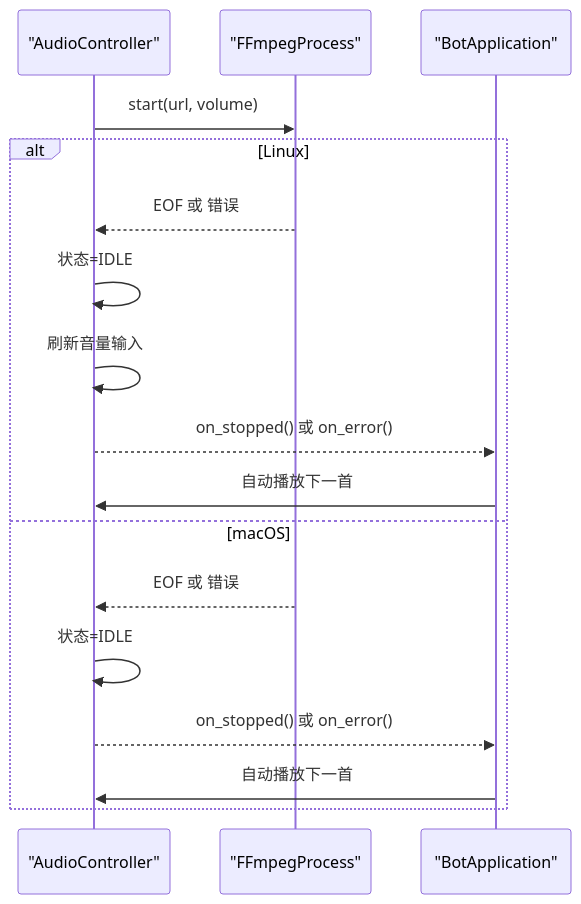
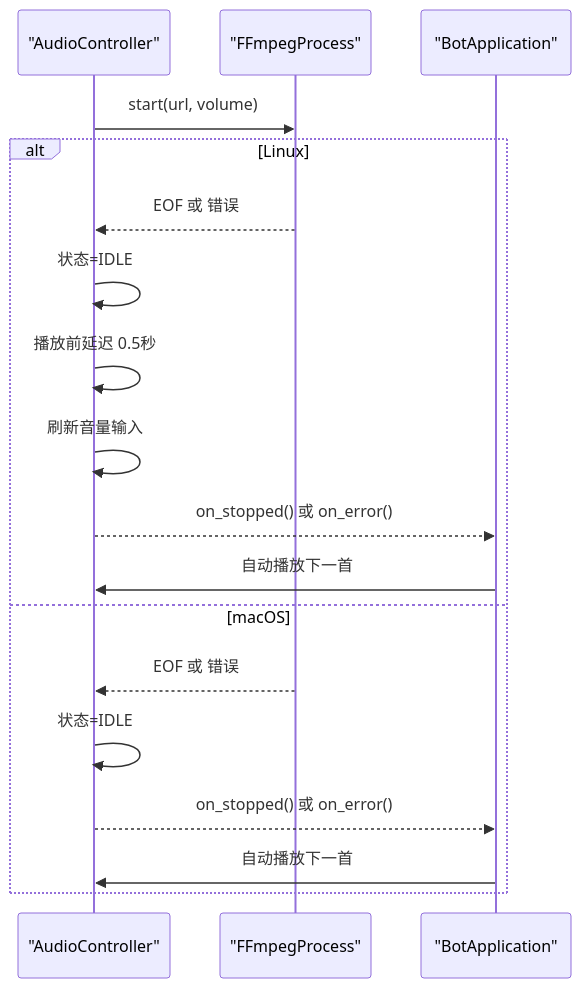
One commit to GhoulOwl/Teamspeak3_Bot changed the sixth of 8 diagrams in .qoder/repowiki/zh/content/音乐播放系统/音频控制器.md. Above: the diagram before and after it, drawn with Mermaid. The commit also changed other lines of this file and 6 other files, not shown here.

````diff
--- a/.qoder/repowiki/zh/content/音乐播放系统/音频控制器.md
+++ b/.qoder/repowiki/zh/content/音乐播放系统/音频控制器.md
@@ -271,19 +281,20 @@
 ```mermaid
 sequenceDiagram
 participant Ctrl as "AudioController"
 participant FF as "FFmpegProcess"
 participant App as "BotApplication"
 Ctrl->>FF : start(url, volume)
 alt Linux
 FF-->>Ctrl : EOF 或 错误
 Ctrl->>Ctrl : 状态=IDLE
+Ctrl->>Ctrl : 播放前延迟 0.5秒
 Ctrl->>Ctrl : 刷新音量输入
 Ctrl-->>App : on_stopped() 或 on_error()
 App->>Ctrl : 自动播放下一首
 else macOS
 FF-->>Ctrl : EOF 或 错误
 Ctrl->>Ctrl : 状态=IDLE
 Ctrl-->>App : on_stopped() 或 on_error()
 App->>Ctrl : 自动播放下一首
 end
 ```
````
